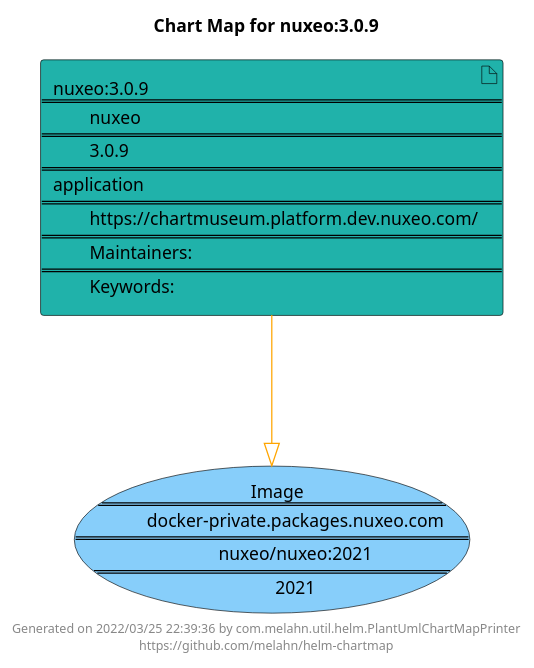
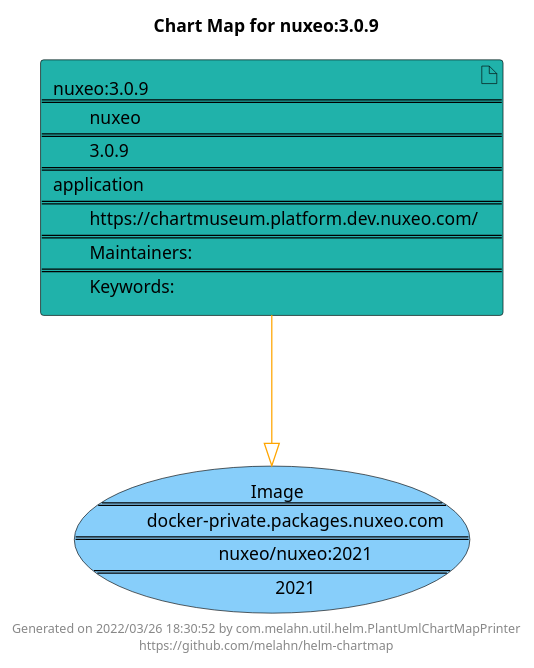
The diagram in docs/nuxeo/nuxeo-3.0.9.puml (melahn/helm-chartmap), drawn with PlantUML before and after one commit. The commit also changed 55 other files, not shown here.

Commit message:
Update Example Chart Maps as part of GitHub build

```diff
--- a/docs/nuxeo/nuxeo-3.0.9.puml
+++ b/docs/nuxeo/nuxeo-3.0.9.puml
@@ -1,21 +1,21 @@
 @startuml
 skinparam linetype ortho
 skinparam backgroundColor white
 skinparam usecaseBorderColor black
 skinparam usecaseArrowColor LightSlateGray
 skinparam artifactBorderColor black
 skinparam artifactArrowColor LightSlateGray
 
 title Chart Map for nuxeo:3.0.9
 
 'There is one referenced Helm Chart
 artifact "nuxeo:3.0.9\n====\n\tnuxeo\n====\n\t3.0.9\n====\napplication\n====\n\thttps://chartmuseum.platform.dev.nuxeo.com/\n====\n\tMaintainers: \n====\n\tKeywords: " as nuxeo_3_0_9 #LightSeaGreen
 
 'There is one referenced Docker Image
 usecase "Image\n====\n\tdocker-private.packages.nuxeo.com\n====\n\tnuxeo/nuxeo:2021\n====\n\t2021" as docker_private_packages_nuxeo_com_nuxeo_nuxeo_2021 #LightSkyBlue
 
 'Chart Dependencies
 nuxeo_3_0_9--[#orange]-|>docker_private_packages_nuxeo_com_nuxeo_nuxeo_2021
 
-center footer Generated on 2022/03/25 22:39:36 by com.melahn.util.helm.PlantUmlChartMapPrinter\nhttps://github.com/melahn/helm-chartmap
+center footer Generated on 2022/03/26 18:30:52 by com.melahn.util.helm.PlantUmlChartMapPrinter\nhttps://github.com/melahn/helm-chartmap
 @enduml
```
